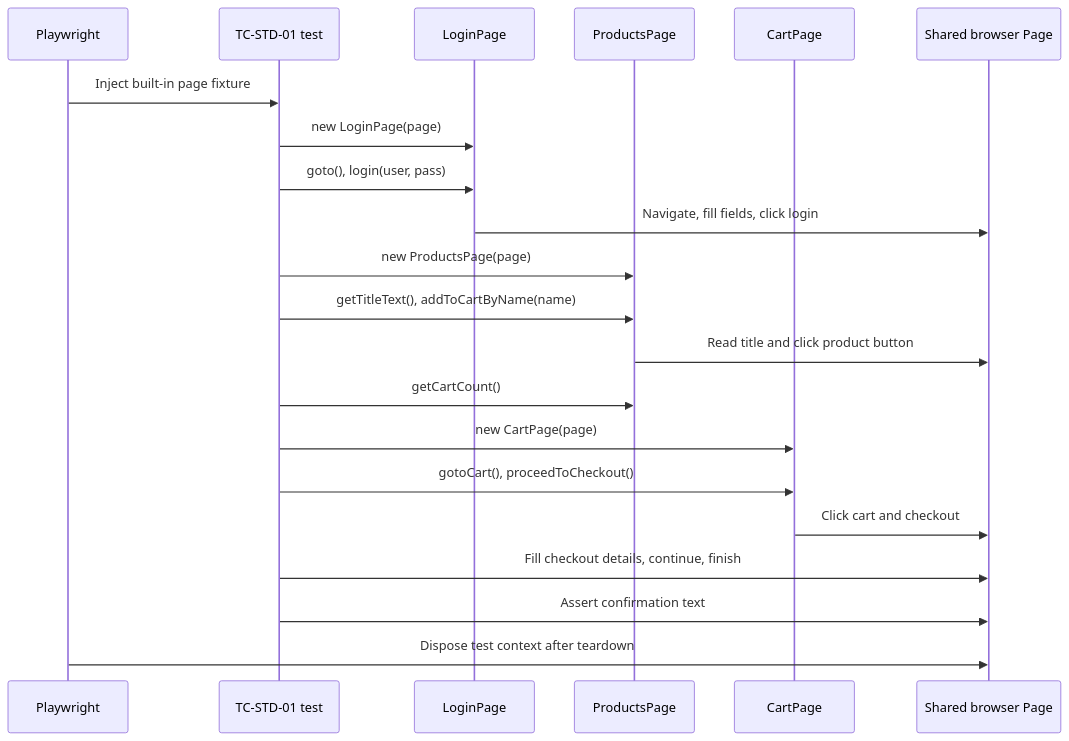
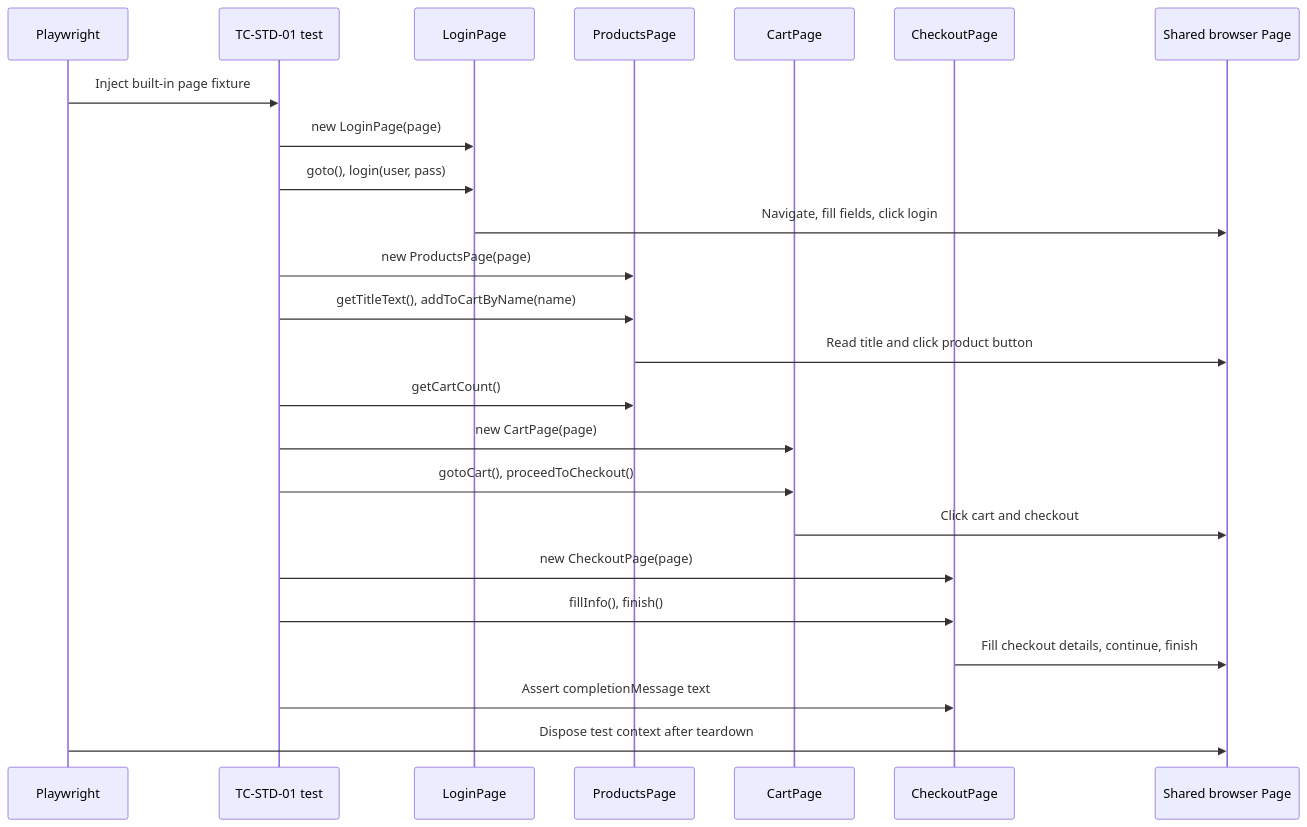
Before and after one commit to mishrrit/Playwright: the second of 4 diagrams in flow.md, drawn with Mermaid. The commit also changed other lines of this file and 42 other files, not shown here.

````diff
--- a/flow.md
+++ b/flow.md
@@ -55,23 +55,26 @@
 ```mermaid
 sequenceDiagram
     participant Runner as Playwright
     participant Spec as TC-STD-01 test
     participant Login as LoginPage
     participant Products as ProductsPage
     participant Cart as CartPage
+    participant Checkout as CheckoutPage
     participant Page as Shared browser Page
     Runner->>Spec: Inject built-in page fixture
     Spec->>Login: new LoginPage(page)
     Spec->>Login: goto(), login(user, pass)
     Login->>Page: Navigate, fill fields, click login
     Spec->>Products: new ProductsPage(page)
     Spec->>Products: getTitleText(), addToCartByName(name)
     Products->>Page: Read title and click product button
     Spec->>Products: getCartCount()
     Spec->>Cart: new CartPage(page)
     Spec->>Cart: gotoCart(), proceedToCheckout()
     Cart->>Page: Click cart and checkout
-    Spec->>Page: Fill checkout details, continue, finish
-    Spec->>Page: Assert confirmation text
+    Spec->>Checkout: new CheckoutPage(page)
+    Spec->>Checkout: fillInfo(), finish()
+    Checkout->>Page: Fill checkout details, continue, finish
+    Spec->>Checkout: Assert completionMessage text
     Runner->>Page: Dispose test context after teardown
 ```
````
